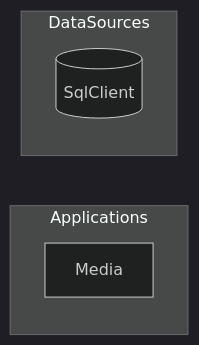
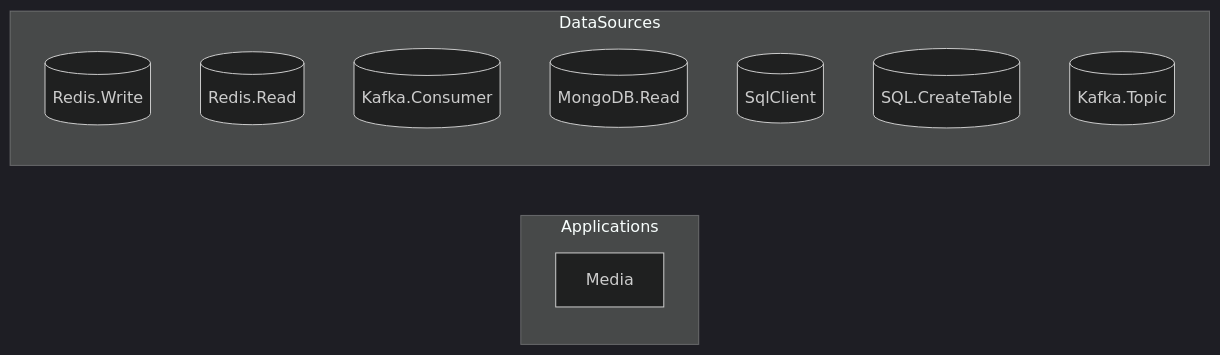
The diagram in output-stocksharp/docs/diagrams/data-infrastructure.mmd (GanizaniSitara/tools-static-analysis), drawn with Mermaid (dark theme) before and after one commit. The commit also changed 143 other files, not shown here.

```diff
--- a/output-stocksharp/docs/diagrams/data-infrastructure.mmd
+++ b/output-stocksharp/docs/diagrams/data-infrastructure.mmd
@@ -1,7 +1,13 @@
 graph LR
     subgraph Applications
         StockSharp_Media["Media"]
     end
     subgraph DataSources
+        datasource_StockSharp_Redis_Write[("Redis.Write")]
+        datasource_StockSharp_Redis_Read[("Redis.Read")]
+        datasource_StockSharp_Kafka_Consumer[("Kafka.Consumer")]
+        datasource_StockSharp_MongoDB_Read[("MongoDB.Read")]
         datasource_StockSharp_SqlClient[("SqlClient")]
+        datasource_StockSharp_SQL_CreateTable[("SQL.CreateTable")]
+        datasource_StockSharp_Kafka_Topic[("Kafka.Topic")]
     end
```
